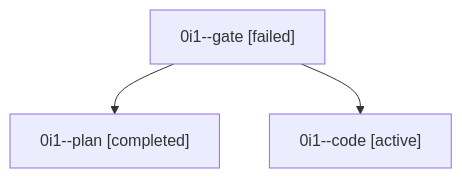
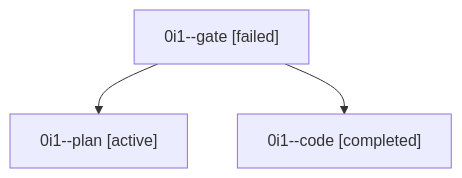
Before and after one commit to sase-org/sase--agents: the diagram in families/bbugyi200.athena.0i1.md, drawn with Mermaid. The commit also changed other lines of this file and 35830 other files, not shown here.

````diff
--- a/families/bbugyi200.athena.0i1.md
+++ b/families/bbugyi200.athena.0i1.md
@@ -9,8 +9,8 @@
 ```mermaid
 flowchart TD
   n0["0i1--gate [failed]"]
-  n1["0i1--plan [completed]"]
+  n1["0i1--plan [active]"]
   n0 --> n1
-  n2["0i1--code [active]"]
+  n2["0i1--code [completed]"]
   n0 --> n2
 ```
````
